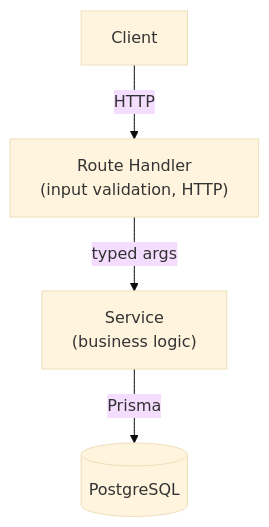
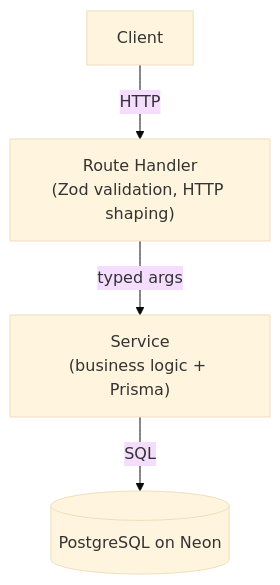
Before and after one commit to billy-zzz/log_a_send: the diagram in README.md, drawn with Mermaid (base theme). The commit also changed other lines of this file and 20 other files, not shown here.

````diff
--- a/README.md
+++ b/README.md
@@ -29,6 +13,6 @@
 ```mermaid
 graph TD
-    Client -->|HTTP| Handler["Route Handler<br/>(input validation, HTTP)"]
-    Handler -->|typed args| Service["Service<br/>(business logic)"]
-    Service -->|Prisma| DB[(PostgreSQL)]
+    Client -->|HTTP| Handler["Route Handler<br/>(Zod validation, HTTP shaping)"]
+    Handler -->|typed args| Service["Service<br/>(business logic + Prisma)"]
+    Service -->|SQL| DB[(PostgreSQL on Neon)]
 ```
````
